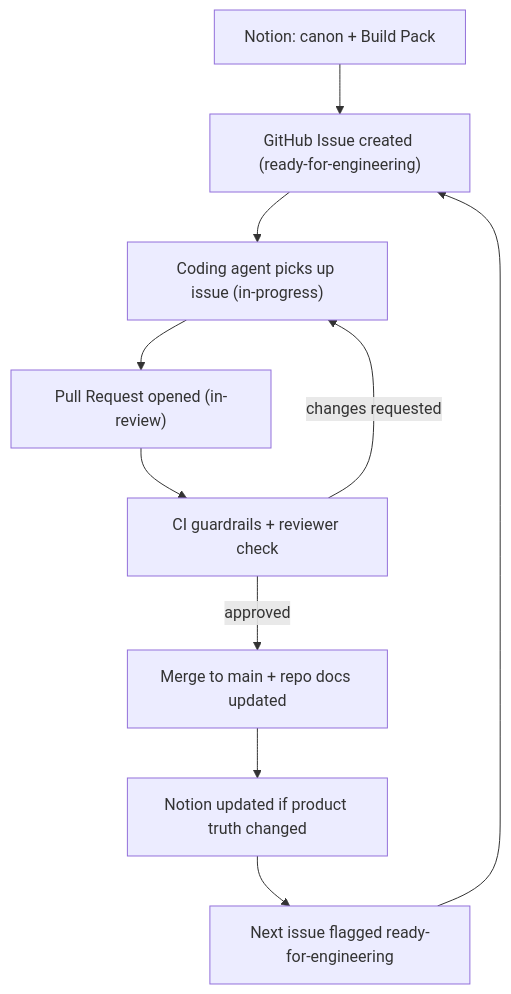
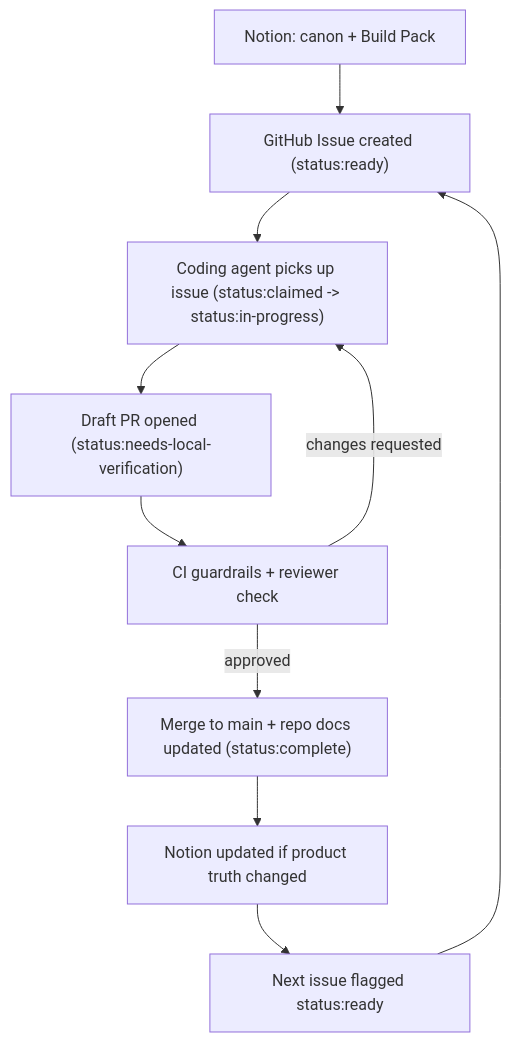
Before and after one commit to AutomatedEmpires/explore-and-earn: the diagram in docs/agents/cross-agent-workflow.md, drawn with Mermaid. The commit also changed other lines of this file and 4 other files, not shown here.

````diff
--- a/docs/agents/cross-agent-workflow.md
+++ b/docs/agents/cross-agent-workflow.md
@@ -16,12 +16,12 @@
 ```mermaid
 flowchart TD
-    A["Notion: canon + Build Pack"] --> B["GitHub Issue created (ready-for-engineering)"]
-    B --> C["Coding agent picks up issue (in-progress)"]
-    C --> D["Pull Request opened (in-review)"]
+    A["Notion: canon + Build Pack"] --> B["GitHub Issue created (status:ready)"]
+    B --> C["Coding agent picks up issue (status:claimed -> status:in-progress)"]
+    C --> D["Draft PR opened (status:needs-local-verification)"]
     D --> E["CI guardrails + reviewer check"]
     E -->|changes requested| C
-    E -->|approved| F["Merge to main + repo docs updated"]
+    E -->|approved| F["Merge to main + repo docs updated (status:complete)"]
     F --> G["Notion updated if product truth changed"]
-    G --> H["Next issue flagged ready-for-engineering"]
+    G --> H["Next issue flagged status:ready"]
     H --> B
 ```
````
